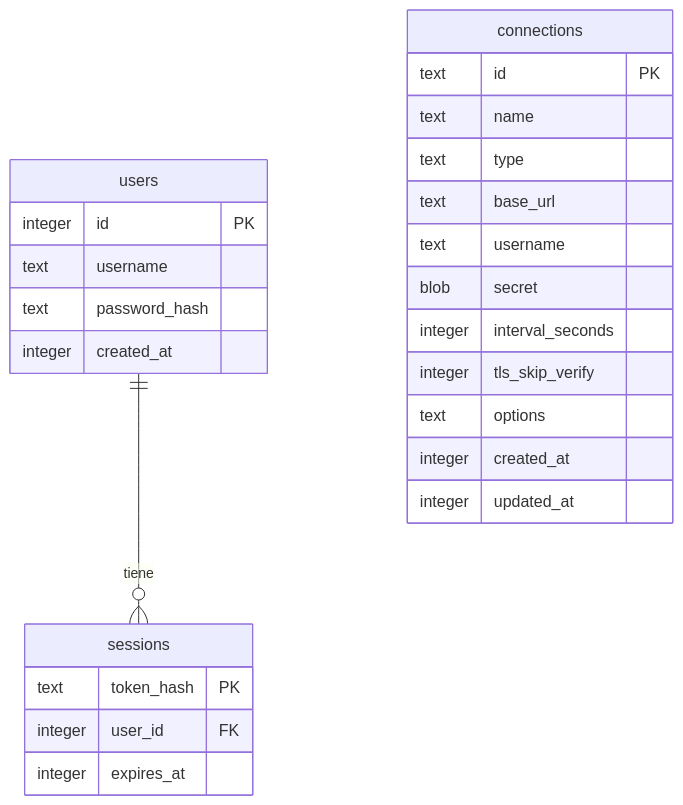
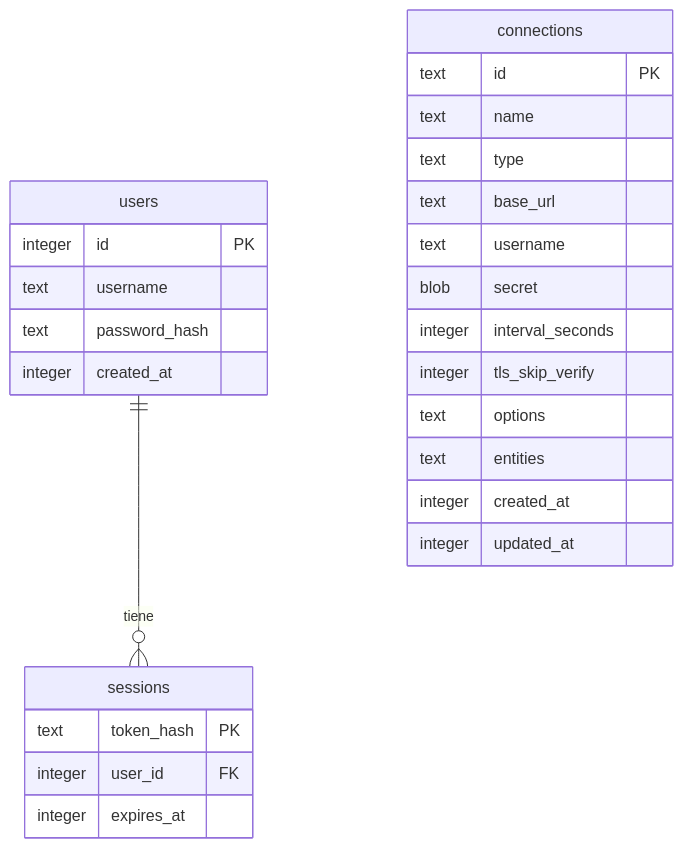
The third of 3 diagrams in docs/proyecto/02-arquitectura.md (izakdev/talaia), drawn with Mermaid before and after one commit. The commit also changed other lines of this file and 31 other files, not shown here.

````diff
--- a/docs/proyecto/02-arquitectura.md
+++ b/docs/proyecto/02-arquitectura.md
@@ -169,28 +181,29 @@
 ```mermaid
 erDiagram
     users ||--o{ sessions : tiene
     users {
         integer id PK
         text username
         text password_hash
         integer created_at
     }
     sessions {
         text token_hash PK
         integer user_id FK
         integer expires_at
     }
     connections {
         text id PK
         text name
         text type
         text base_url
         text username
         blob secret
         integer interval_seconds
         integer tls_skip_verify
         text options
+        text entities
         integer created_at
         integer updated_at
     }
 ```
````
